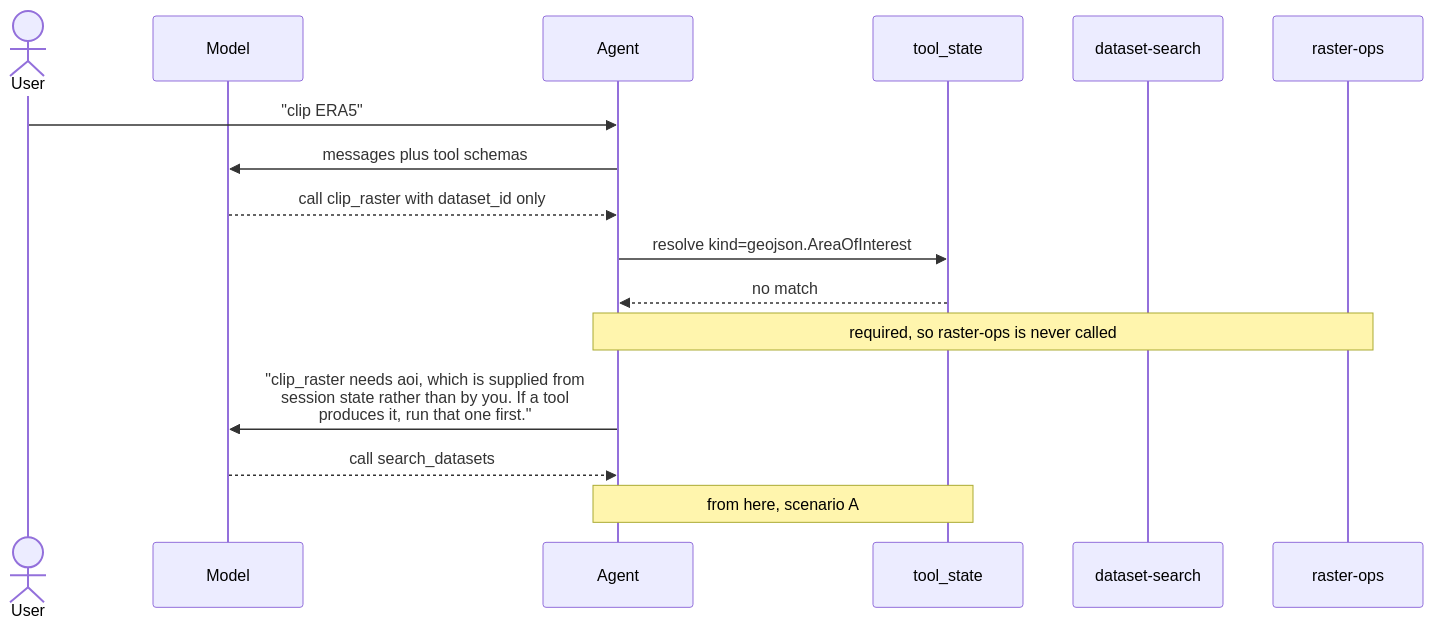
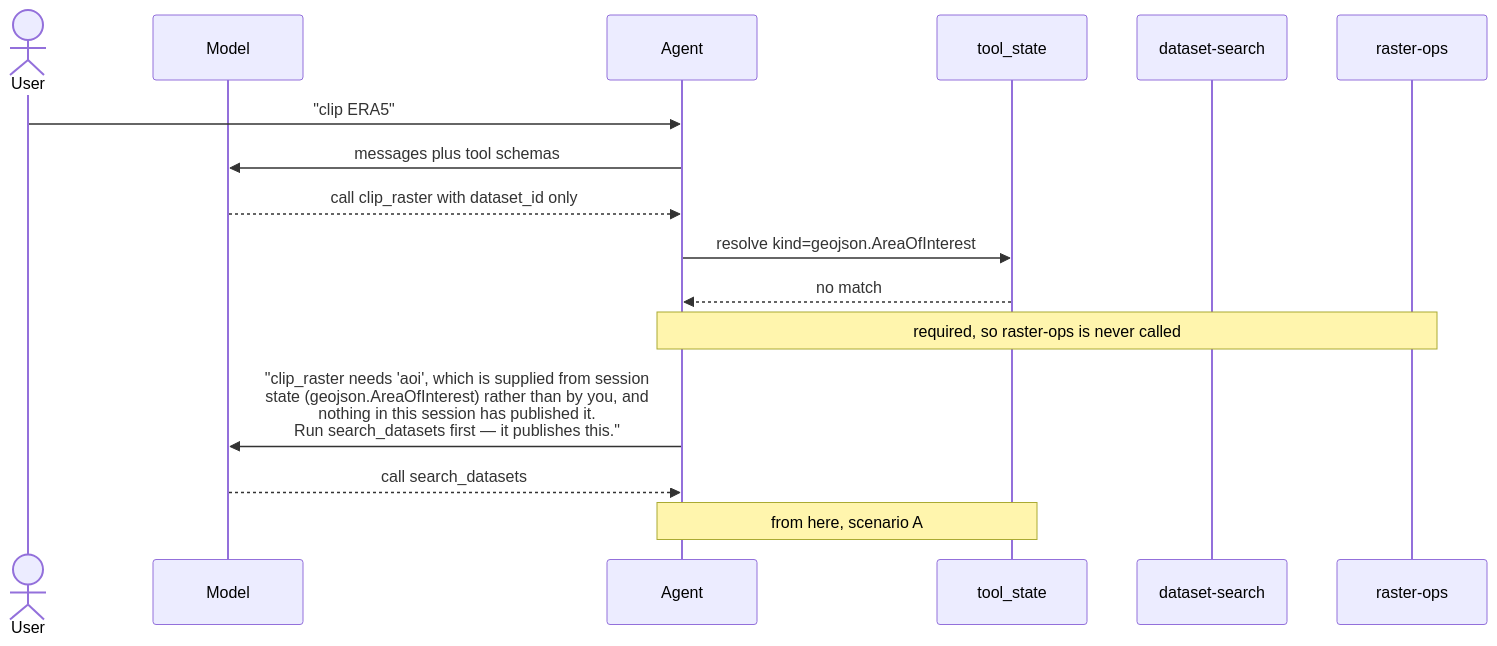
One commit to developmentseed/mcp-toolsets-runtime changed the fifth of 6 diagrams in docs/SESSION-STATE.md. Above: the diagram before and after it, drawn with Mermaid. The commit also changed other lines of this file and 3 other files, not shown here.

````diff
--- a/docs/SESSION-STATE.md
+++ b/docs/SESSION-STATE.md
@@ -363,19 +368,19 @@
 ```mermaid
 sequenceDiagram
     actor U as User
     participant M as Model
     participant A as Agent
     participant S as tool_state
     participant D as dataset-search
     participant R as raster-ops
 
     U->>A: "clip ERA5"
     A->>M: messages plus tool schemas
     M-->>A: call clip_raster with dataset_id only
     A->>S: resolve kind=geojson.AreaOfInterest
     S-->>A: no match
     Note over A,R: required, so raster-ops is never called
-    A->>M: "clip_raster needs aoi, which is supplied from<br/>session state rather than by you. If a tool<br/>produces it, run that one first."
+    A->>M: "clip_raster needs 'aoi', which is supplied from session<br/>state (geojson.AreaOfInterest) rather than by you, and<br/>nothing in this session has published it.<br/>Run search_datasets first — it publishes this."
     M-->>A: call search_datasets
     Note over A,S: from here, scenario A
 ```
````
